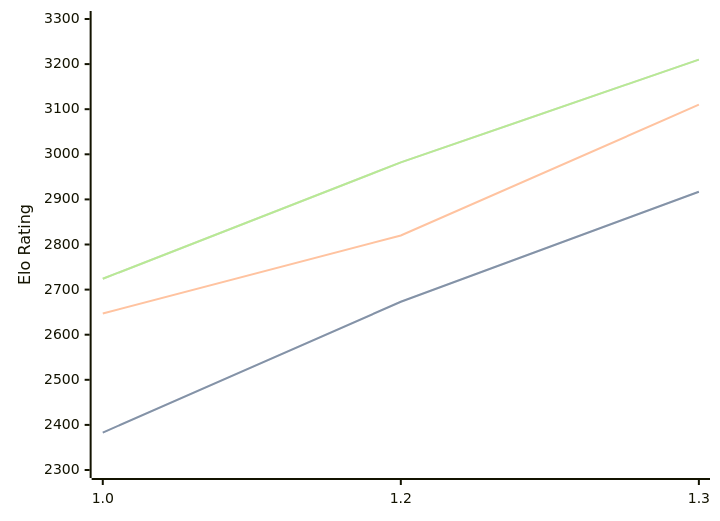
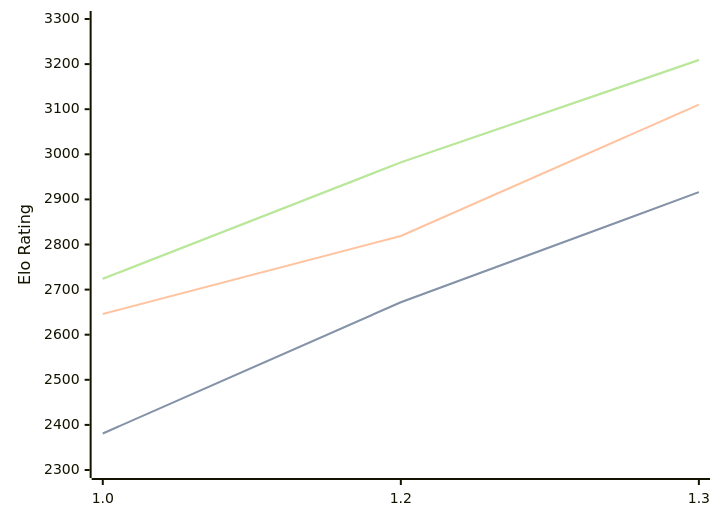
Before and after one commit to computer-chess-index/cci: the diagram in engines/Chessnix.md, drawn with Mermaid. The commit also changed other lines of this file, not shown here.

Commit message:
Update CCI Ratings (ELO VLTC) - 2026-03-07

````diff
--- a/engines/Chessnix.md
+++ b/engines/Chessnix.md
@@ -33,11 +33,11 @@
 ```mermaid
 %%{init: {"theme":"base","themeVariables":{"seriesColors:['#a3a3a3','#222221','#faa371']}}}%%
 xychart-beta
   x-axis ["1.0", "1.2", "1.3"]
   y-axis "Elo Rating" 2300 --> 3300
-  line "STC (8.0+0.08s)" [2383, 2673, 2917]
-  line "STC (8.0+0.08s)" [2383, 2673, 2917]
-  line "LTC (60.0+0.60s)" [2647, 2820, 3110]
-  line "VLTC (2m24s+1.12s)" [2724, 2982, 3210]
-  line "VLTC (2m24s+1.12s)" [2724, 2982, 3210]
+  line "STC (8.0+0.08s)" [2381, 2672, 2916]
+  line "STC (8.0+0.08s)" [2381, 2672, 2916]
+  line "LTC (60.0+0.60s)" [2646, 2819, 3110]
+  line "VLTC (2m24s+1.12s)" [2724, 2982, 3209]
+  line "VLTC (2m24s+1.12s)" [2724, 2982, 3209]
 ```
````
